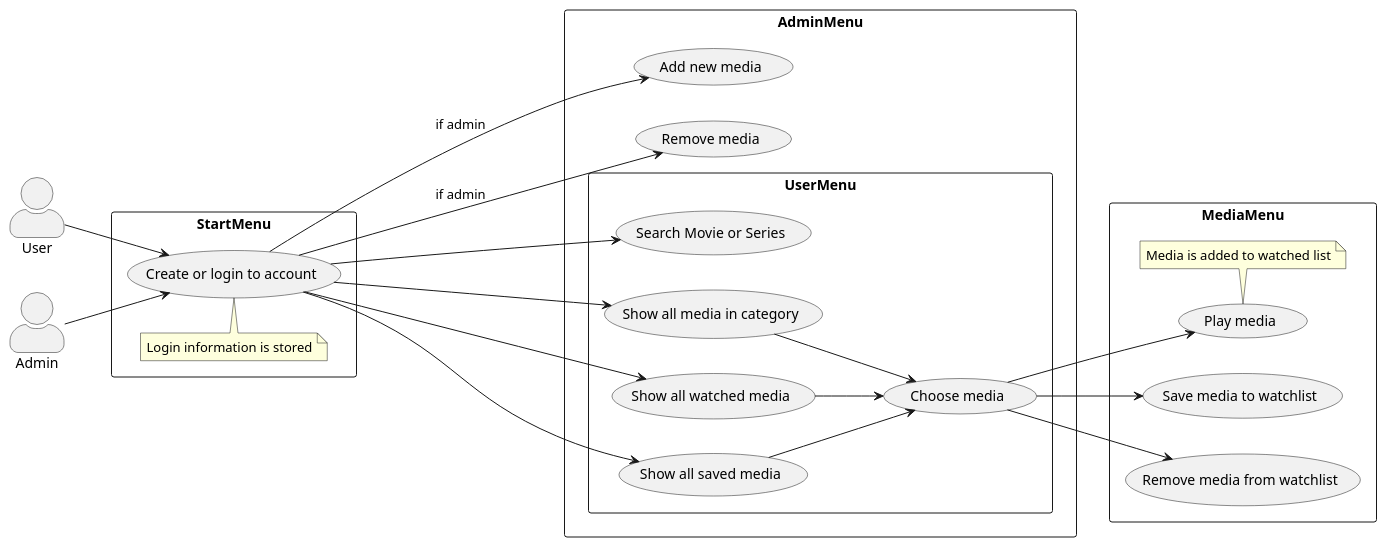
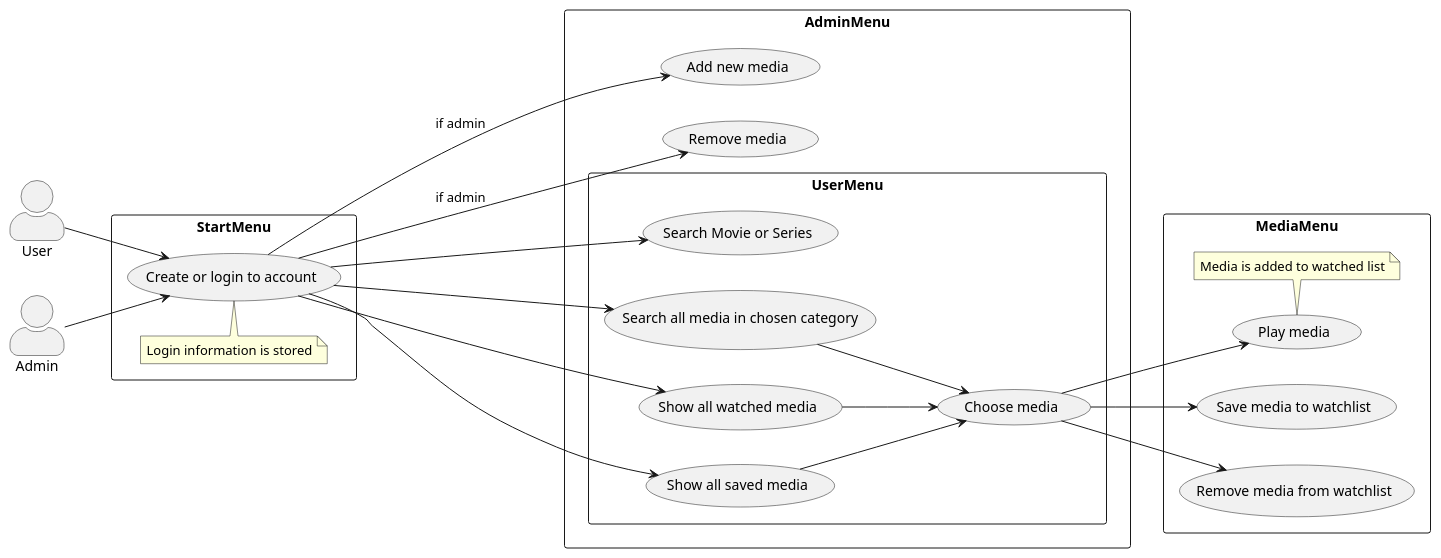
One commit to Magnus128/SP3-gruppe-E changed the diagram in doc/useCaseDiagram.puml. Above: the diagram before and after it, drawn with PlantUML. The commit also changed 2 other files, not shown here.

Commit message:
Domænemodel og usecase diagram

```diff
--- a/doc/useCaseDiagram.puml
+++ b/doc/useCaseDiagram.puml
@@ -1,47 +1,47 @@
 @startuml
 'https://plantuml.com/use-case-diagram
 skinparam actorStyle awesome
 left to right direction
 
 rectangle StartMenu {
 usecase "Create or login to account" as (UC1)
 note top of (UC1)
 Login information is stored
 end note
 }
 User -down-> (UC1)
 rectangle AdminMenu {
 rectangle UserMenu {
-usecase "Search Movie or Series" as (UC2)
-usecase "Show all media in category" as (UC3)
-usecase "Show all watched media" as (UC4)
-usecase "Show all saved media" as (UC5)
-usecase "Choose media" as (UC6)
+usecase "Search Movie or Series" as (UC2-1)
+usecase "Search all media in chosen category" as (UC2-2)
+usecase "Show all watched media" as (UC2-3)
+usecase "Show all saved media" as (UC2-4)
+usecase "Choose media" as (UC2-5)
 }
-usecase "Add new media" as (UC10)
-usecase "Remove media" as (UC11)
+usecase "Add new media" as (UC4-1)
+usecase "Remove media" as (UC4-2)
 }
 
 Admin -down-> (UC1)
 
 rectangle MediaMenu{
-usecase "Play media" as (UC7)
-usecase "Save media to watchlist" as (UC8)
-usecase "Remove media from watchlist" as (UC9)
-note bottom of (UC7) : Media is added to watched list
+usecase "Play media" as (UC3-1)
+usecase "Save media to watchlist" as (UC3-2)
+usecase "Remove media from watchlist" as (UC3-3)
+note bottom of (UC3-1) : Media is added to watched list
 }
 
-(UC1) --> (UC2)
-(UC1) --> (UC3)
-(UC1) --> (UC4)
-(UC1) --> (UC5)
-(UC1) ----> (UC10) : if admin
-(UC1) ----> (UC11) : if admin
-(UC3) --> (UC6)
-(UC4) --> (UC6)
-(UC5) --> (UC6)
-(UC6) --> (UC7)
-(UC6) --> (UC8)
-(UC6) --> (UC9)
+(UC1) --> (UC2-1)
+(UC1) --> (UC2-2)
+(UC1) --> (UC2-3)
+(UC1) --> (UC2-4)
+(UC1) ----> (UC4-1) : if admin
+(UC1) ----> (UC4-2) : if admin
+(UC2-2) --> (UC2-5)
+(UC2-3) --> (UC2-5)
+(UC2-4) --> (UC2-5)
+(UC2-5) --> (UC3-1)
+(UC2-5) --> (UC3-2)
+(UC2-5) --> (UC3-3)
 
 @enduml
```
